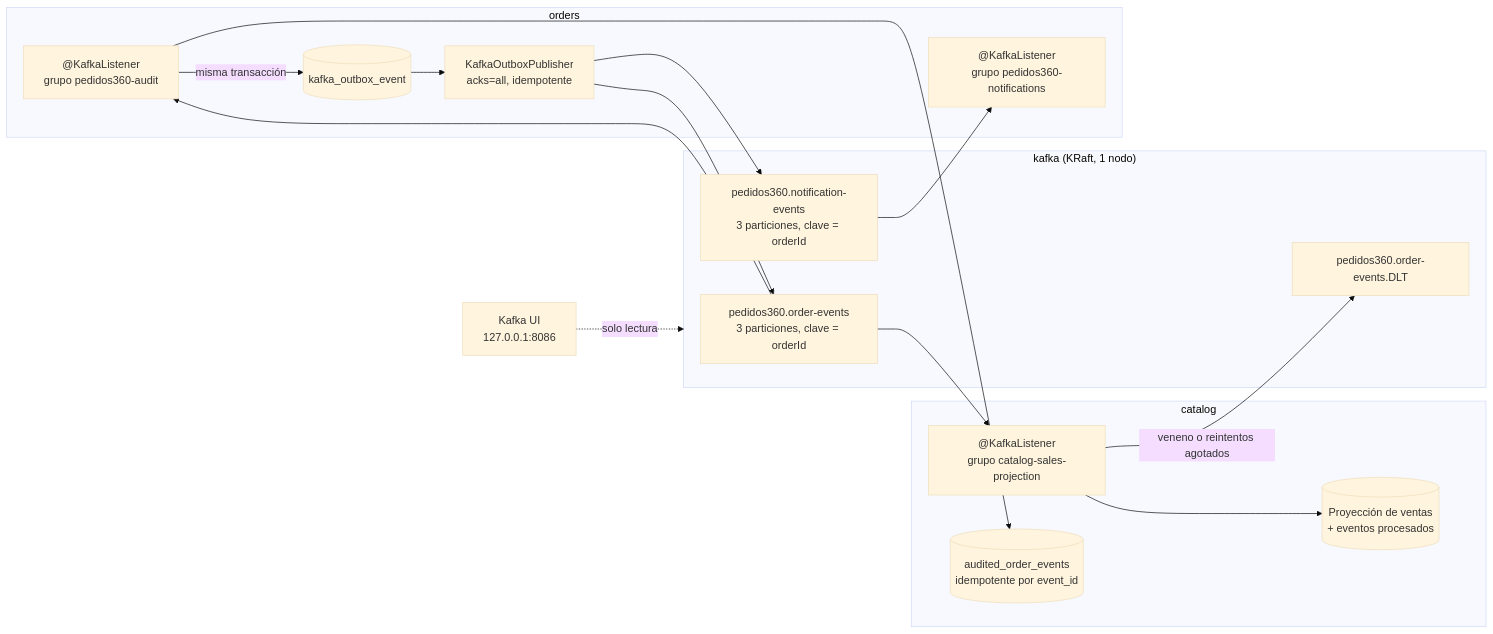
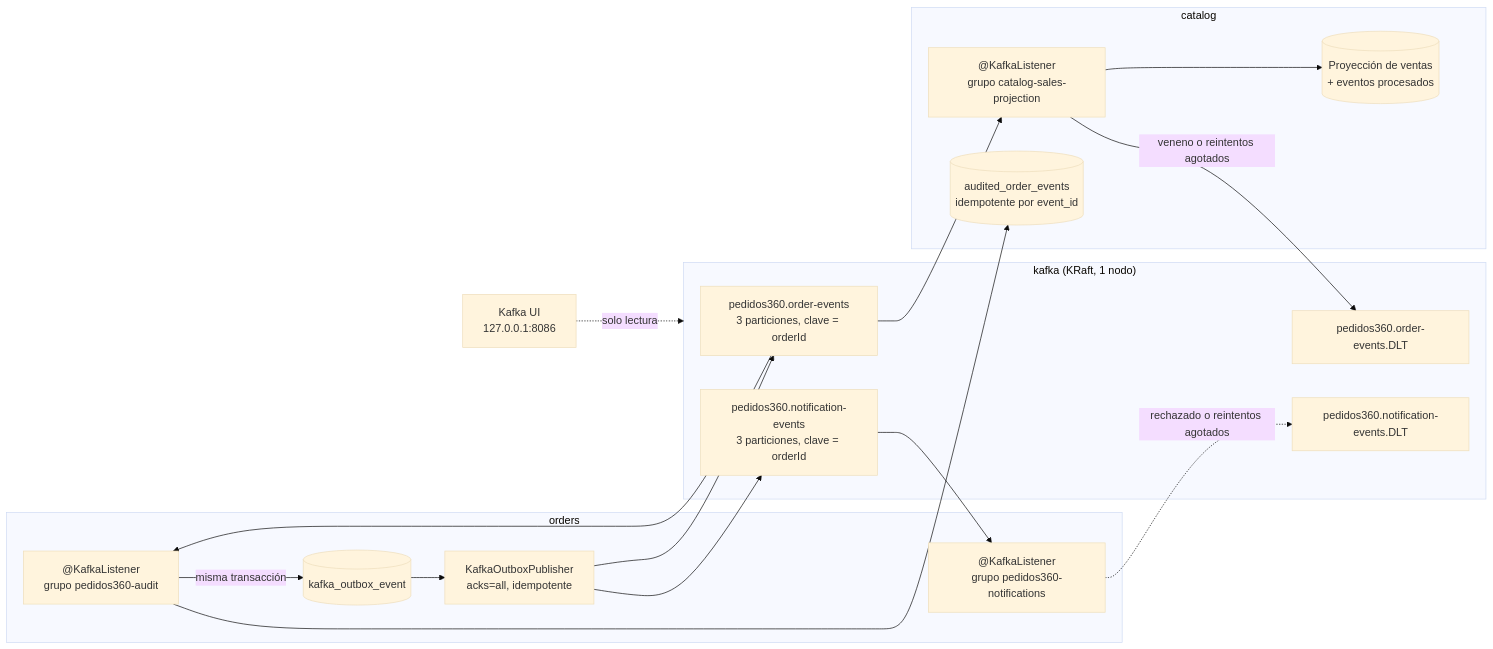
Before and after one commit to emilio-araya/pedidos360-infra: the diagram in docs/MENSAJERIA_KAFKA.md, drawn with Mermaid (base theme). The commit also changed other lines of this file and 5 other files, not shown here.

First line of the commit message:
feat(kafka): create notification-events.DLT in all composes and document 1.1/1.2

````diff
--- a/docs/MENSAJERIA_KAFKA.md
+++ b/docs/MENSAJERIA_KAFKA.md
@@ -22,26 +22,28 @@
 ```mermaid
 flowchart LR
     subgraph orders
         A[Cambio de estado del pedido] -->|misma transacción| B[(kafka_outbox_event)]
         B --> C["KafkaOutboxPublisher<br/>acks=all, idempotente"]
     end
     subgraph Kafka["kafka (KRaft, 1 nodo)"]
         T["pedidos360.order-events<br/>3 particiones, clave = orderId"]
         D[pedidos360.order-events.DLT]
         N["pedidos360.notification-events<br/>3 particiones, clave = orderId"]
+        ND[pedidos360.notification-events.DLT]
     end
     subgraph catalog
         L["@KafkaListener<br/>grupo catalog-sales-projection"] --> P[("Proyección de ventas<br/>+ eventos procesados")]
         A["@KafkaListener<br/>grupo pedidos360-audit"] --> AU[("audited_order_events<br/>idempotente por event_id")]
     end
     subgraph orders
         NL["@KafkaListener<br/>grupo pedidos360-notifications"]
     end
     C --> T
     C --> N
     T --> L
     T --> A
     N --> NL
+    NL -.->|rechazado o reintentos agotados| ND
     L -->|veneno o reintentos agotados| D
     UI["Kafka UI<br/>127.0.0.1:8086"] -.solo lectura.-> Kafka
 ```
````
